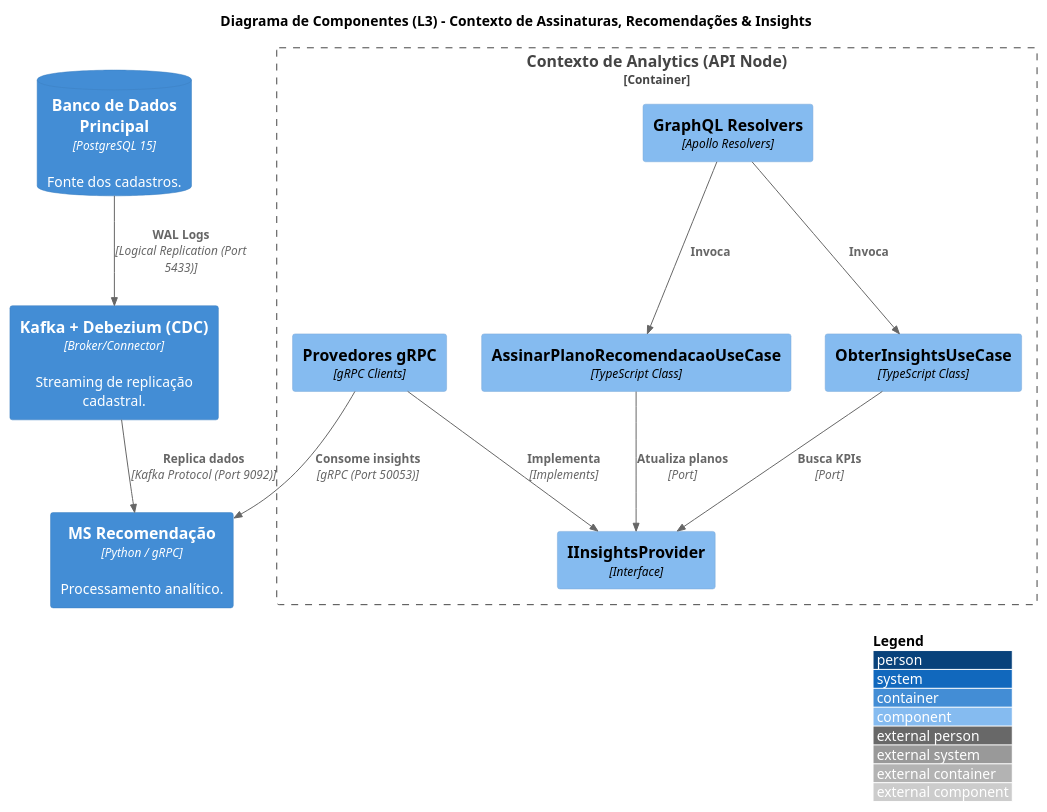
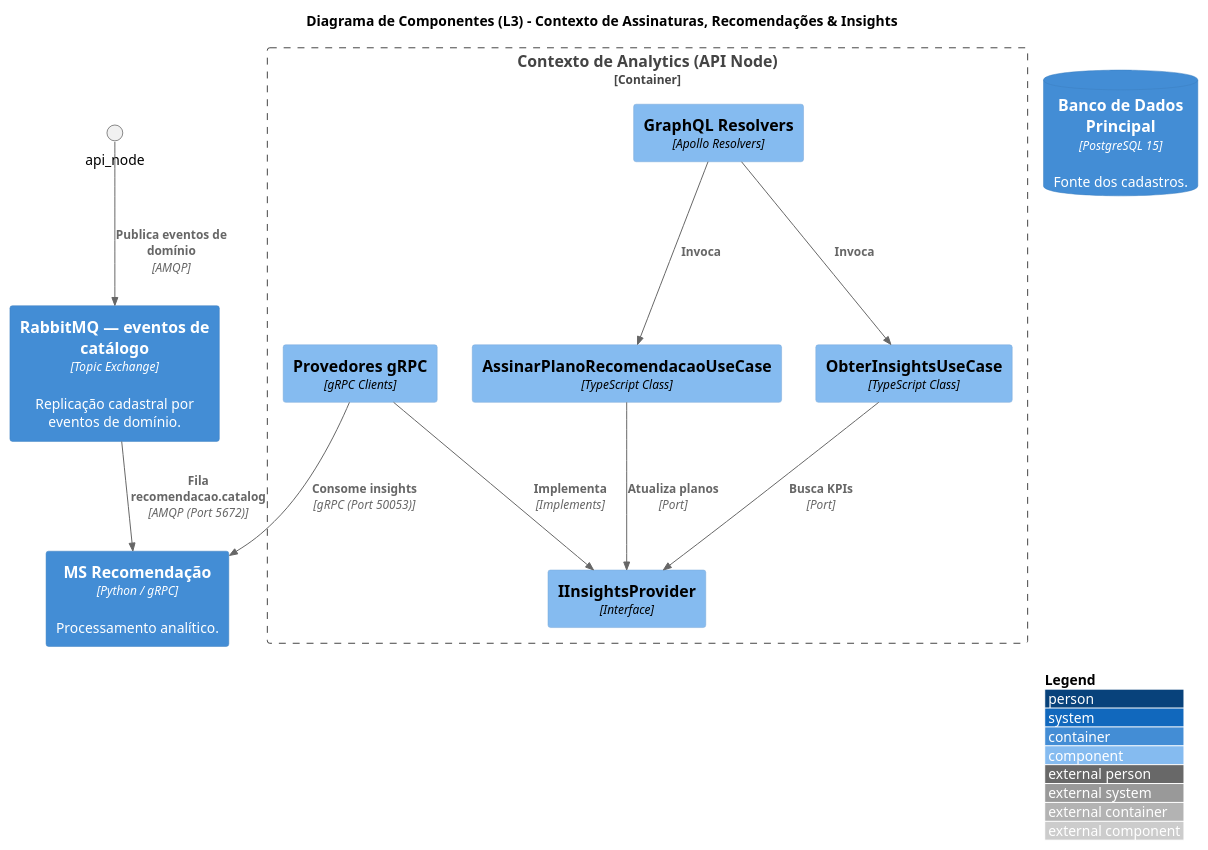
Before and after one commit to arthurair3s/arquitetura-de-software: the fourth of 5 diagrams in docs/diagramas/c3/c4_l3_component.puml, drawn with PlantUML. The commit also changed other lines of this file and 10 other files, not shown here.

```diff
--- a/docs/diagramas/c3/c4_l3_component.puml
+++ b/docs/diagramas/c3/c4_l3_component.puml
@@ -131,29 +131,29 @@
 @startuml C4_L3_Component_Analytics
 !include https://raw.githubusercontent.com/plantuml-stdlib/C4-PlantUML/master/C4_Component.puml
 
 LAYOUT_WITH_LEGEND()
 
 title Diagrama de Componentes (L3) - Contexto de Assinaturas, Recomendações & Insights
 
 Container(ms_recomendacao, "MS Recomendação", "Python / gRPC", "Processamento analítico.")
-Container(kafka_cdc, "Kafka + Debezium (CDC)", "Broker/Connector", "Streaming de replicação cadastral.")
+Container(catalogo_eventos, "RabbitMQ — eventos de catálogo", "Topic Exchange", "Replicação cadastral por eventos de domínio.")
 ContainerDb(db_postgres, "Banco de Dados Principal", "PostgreSQL 15", "Fonte dos cadastros.")
 
 Container_Boundary(api_node_analytics, "Contexto de Analytics (API Node)") {
     Component(resolvers, "GraphQL Resolvers", "Apollo Resolvers")
     Component(uc_assinatura, "AssinarPlanoRecomendacaoUseCase", "TypeScript Class")
     Component(uc_insights, "ObterInsightsUseCase", "TypeScript Class")
     Component(i_insights_provider, "IInsightsProvider", "Interface")
     Component(grpc_providers, "Provedores gRPC", "gRPC Clients")
 }
 
 Rel(resolvers, uc_assinatura, "Invoca")
 Rel(resolvers, uc_insights, "Invoca")
 Rel(uc_insights, i_insights_provider, "Busca KPIs", "Port")
 Rel(uc_assinatura, i_insights_provider, "Atualiza planos", "Port")
 Rel(grpc_providers, i_insights_provider, "Implementa", "Implements")
 Rel(grpc_providers, ms_recomendacao, "Consome insights", "gRPC (Port 50053)")
-Rel(db_postgres, kafka_cdc, "WAL Logs", "Logical Replication (Port 5433)")
-Rel(kafka_cdc, ms_recomendacao, "Replica dados", "Kafka Protocol (Port 9092)")
+Rel(api_node, catalogo_eventos, "Publica eventos de domínio", "AMQP")
+Rel(catalogo_eventos, ms_recomendacao, "Fila recomendacao.catalog", "AMQP (Port 5672)")
 
 @enduml
```
